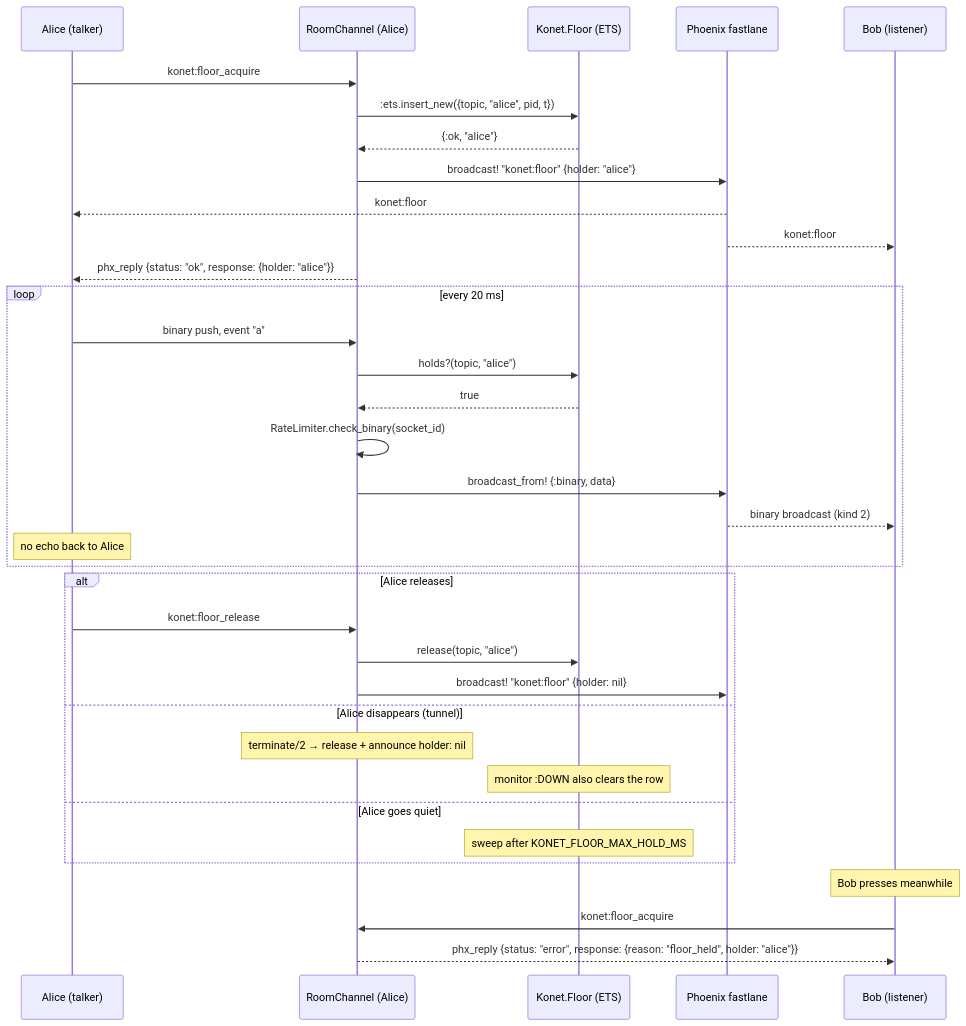
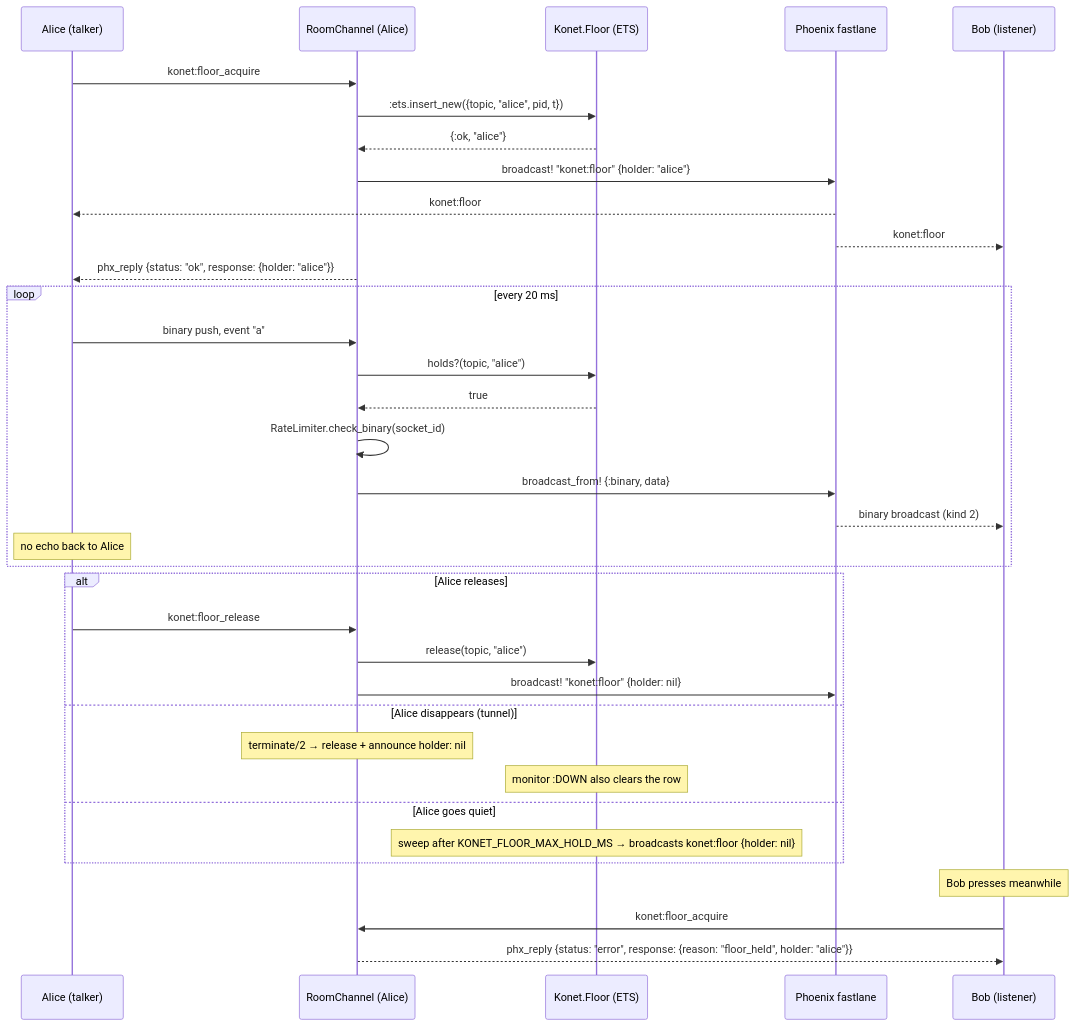
Before and after one commit to raucheacho/konet: the diagram in docs-internal/02-konet-server/02-binary-and-floor.md, drawn with Mermaid. The commit also changed other lines of this file and 23 other files, not shown here.

````diff
--- a/docs-internal/02-konet-server/02-binary-and-floor.md
+++ b/docs-internal/02-konet-server/02-binary-and-floor.md
@@ -166,41 +246,41 @@
 ```mermaid
 sequenceDiagram
     participant A as Alice (talker)
     participant Ch as RoomChannel (Alice)
     participant F as Konet.Floor (ETS)
     participant PS as Phoenix fastlane
     participant B as Bob (listener)
 
     A->>Ch: konet:floor_acquire
     Ch->>F: :ets.insert_new({topic, "alice", pid, t})
     F-->>Ch: {:ok, "alice"}
     Ch->>PS: broadcast! "konet:floor" {holder: "alice"}
     PS-->>A: konet:floor
     PS-->>B: konet:floor
     Ch-->>A: phx_reply {status: "ok", response: {holder: "alice"}}
 
     loop every 20 ms
         A->>Ch: binary push, event "a"
         Ch->>F: holds?(topic, "alice")
         F-->>Ch: true
         Ch->>Ch: RateLimiter.check_binary(socket_id)
         Ch->>PS: broadcast_from! {:binary, data}
         PS-->>B: binary broadcast (kind 2)
         Note over A: no echo back to Alice
     end
 
     alt Alice releases
         A->>Ch: konet:floor_release
         Ch->>F: release(topic, "alice")
         Ch->>PS: broadcast! "konet:floor" {holder: nil}
     else Alice disappears (tunnel)
         Note over Ch: terminate/2 → release + announce holder: nil
         Note over F: monitor :DOWN also clears the row
     else Alice goes quiet
-        Note over F: sweep after KONET_FLOOR_MAX_HOLD_MS
+        Note over F: sweep after KONET_FLOOR_MAX_HOLD_MS → broadcasts konet:floor {holder: nil}
     end
 
     Note over B: Bob presses meanwhile
     B->>Ch: konet:floor_acquire
     Ch-->>B: phx_reply {status: "error", response: {reason: "floor_held", holder: "alice"}}
 ```
````
